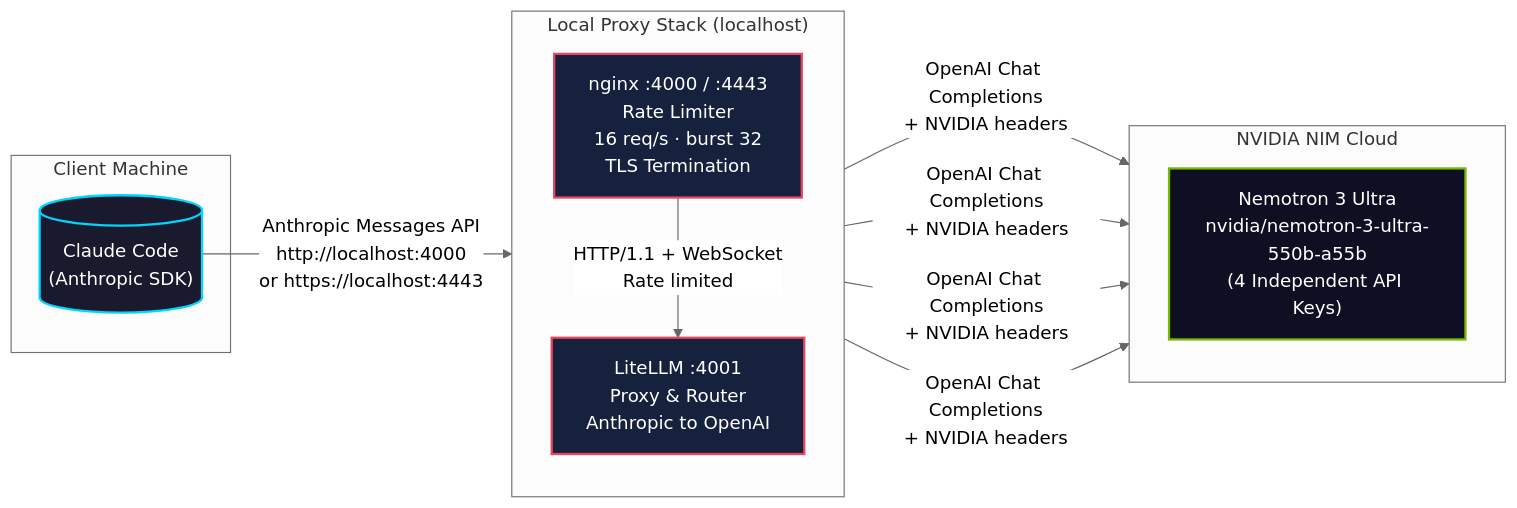
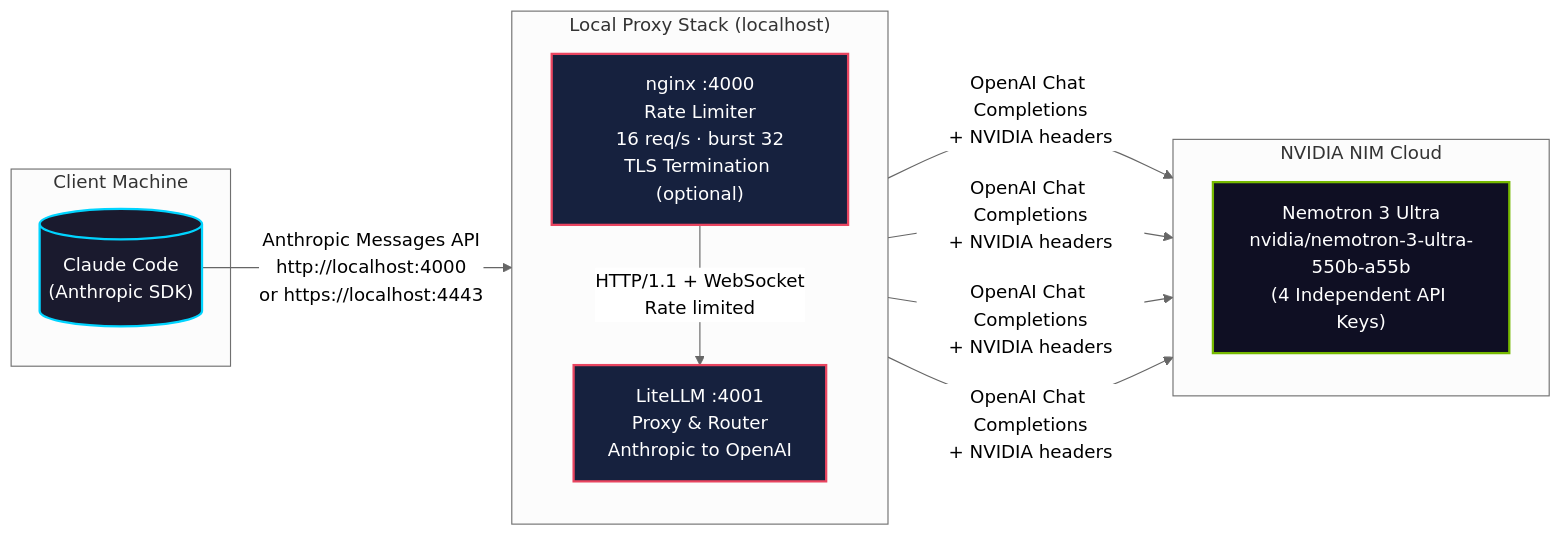
One commit to S-V-J/myclaude changed the first of 3 diagrams in README.md. Above: the diagram before and after it, drawn with Mermaid (neutral theme). The commit also changed other lines of this file, not shown here.

````diff
--- a/README.md
+++ b/README.md
@@ -56,32 +56,32 @@
 ```mermaid
 flowchart LR
     subgraph Client["Client Machine"]
         CC[("Claude Code\n(Anthropic SDK)")]
     end
 
     subgraph Proxy["Local Proxy Stack (localhost)"]
         direction TB
-        NX["nginx :4000 / :4443\nRate Limiter\n16 req/s · burst 32\nTLS Termination"]
+        NX["nginx :4000\nRate Limiter\n16 req/s · burst 32\nTLS Termination (optional)"]
         LL["LiteLLM :4001\nProxy & Router\nAnthropic to OpenAI"]
     end
 
     subgraph NVIDIA["NVIDIA NIM Cloud"]
         direction TB
         NM["Nemotron 3 Ultra\nnvidia/nemotron-3-ultra-550b-a55b\n(4 Independent API Keys)"]
     end
 
     CC -->|Anthropic Messages API\nhttp://localhost:4000\nor https://localhost:4443| NX
     NX -->|HTTP/1.1 + WebSocket\nRate limited| LL
     LL -->|OpenAI Chat Completions\n+ NVIDIA headers| NM
     LL -->|OpenAI Chat Completions\n+ NVIDIA headers| NM
     LL -->|OpenAI Chat Completions\n+ NVIDIA headers| NM
     LL -->|OpenAI Chat Completions\n+ NVIDIA headers| NM
 
     classDef client fill:#1a1a2e,stroke:#00d4ff,stroke-width:2px,color:#fff
     classDef proxy fill:#16213e,stroke:#e94560,stroke-width:2px,color:#fff
     classDef nvidia fill:#0f0f23,stroke:#76b900,stroke-width:2px,color:#fff
 
     class CC client
     class NX,LL proxy
     class NM nvidia
 ```
````
